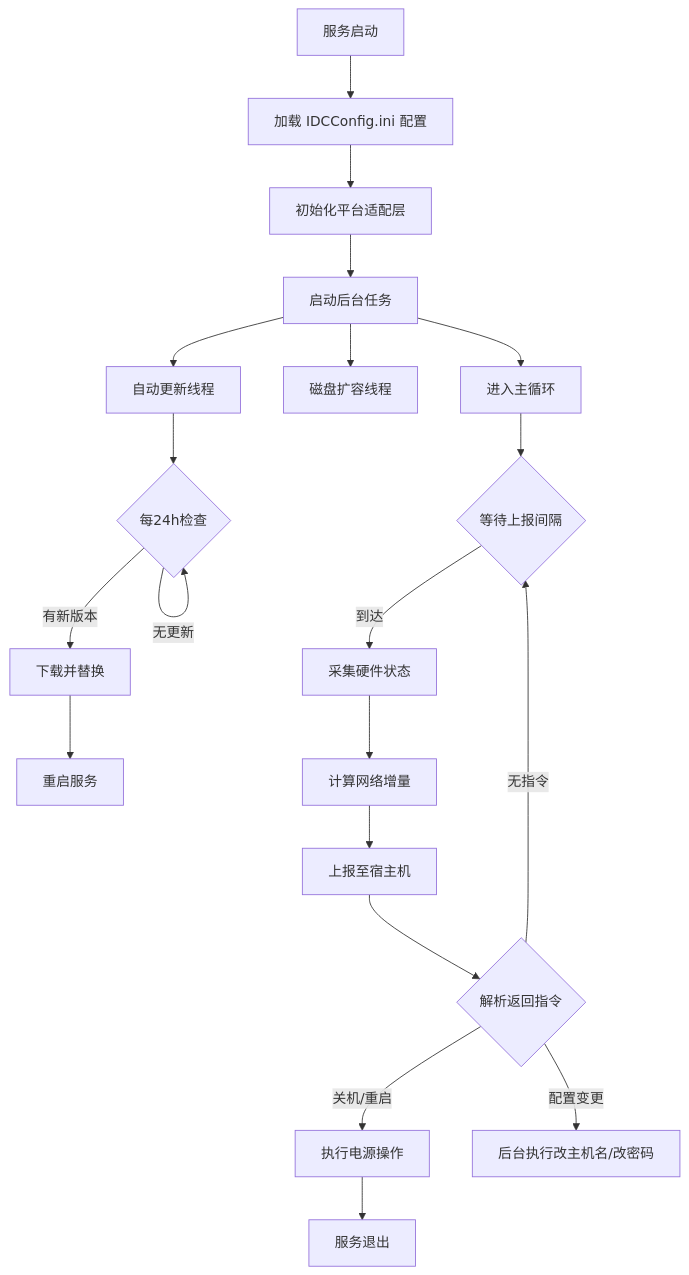
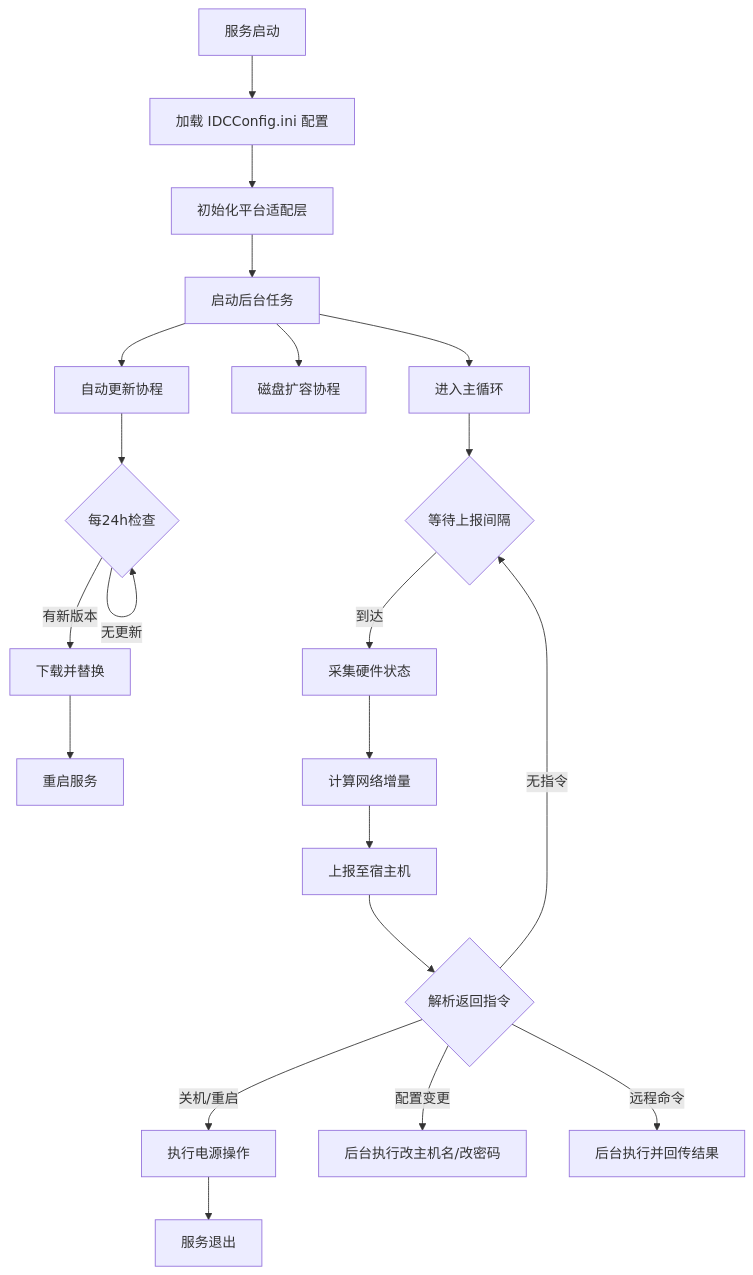
One commit to OpenIDCSTeam/CloudInit changed the diagram in README.md. Above: the diagram before and after it, drawn with Mermaid. The commit also changed other lines of this file and 102 other files, not shown here.

````diff
--- a/README.md
+++ b/README.md
@@ -16,23 +19,24 @@
 ```mermaid
 graph TD
     A[服务启动] --> B[加载 IDCConfig.ini 配置]
     B --> C[初始化平台适配层]
     C --> D[启动后台任务]
-    D --> D1[自动更新线程]
-    D --> D2[磁盘扩容线程]
+    D --> D1[自动更新协程]
+    D --> D2[磁盘扩容协程]
     D --> E[进入主循环]
     E --> F{等待上报间隔}
     F -->|到达| G[采集硬件状态]
     G --> H[计算网络增量]
     H --> I[上报至宿主机]
     I --> J{解析返回指令}
     J -->|关机/重启| K[执行电源操作]
     J -->|配置变更| L[后台执行改主机名/改密码]
+    J -->|远程命令| M[后台执行并回传结果]
     J -->|无指令| F
-    K --> M[服务退出]
+    K --> N[服务退出]
 
-    D1 --> N{每24h检查}
-    N -->|有新版本| O[下载并替换]
-    O --> P[重启服务]
-    N -->|无更新| N
+    D1 --> O{每24h检查}
+    O -->|有新版本| P[下载并替换]
+    P --> Q[重启服务]
+    O -->|无更新| O
 ```
````
